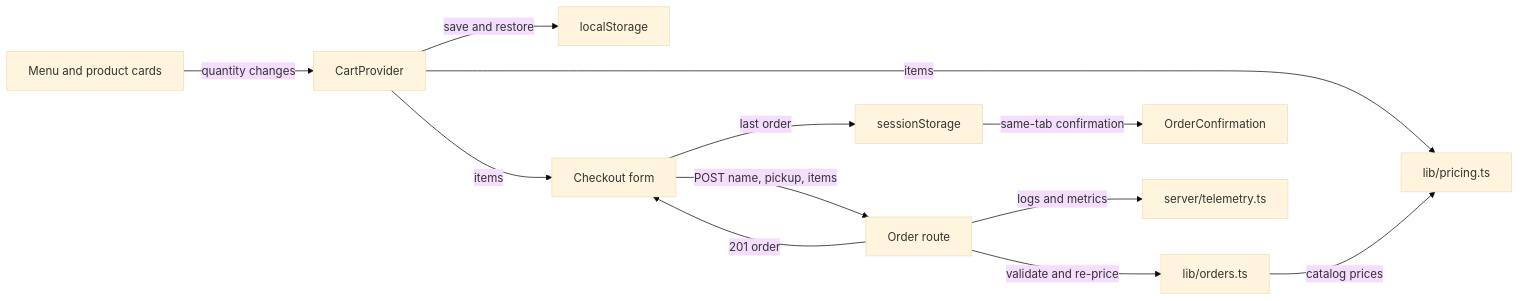
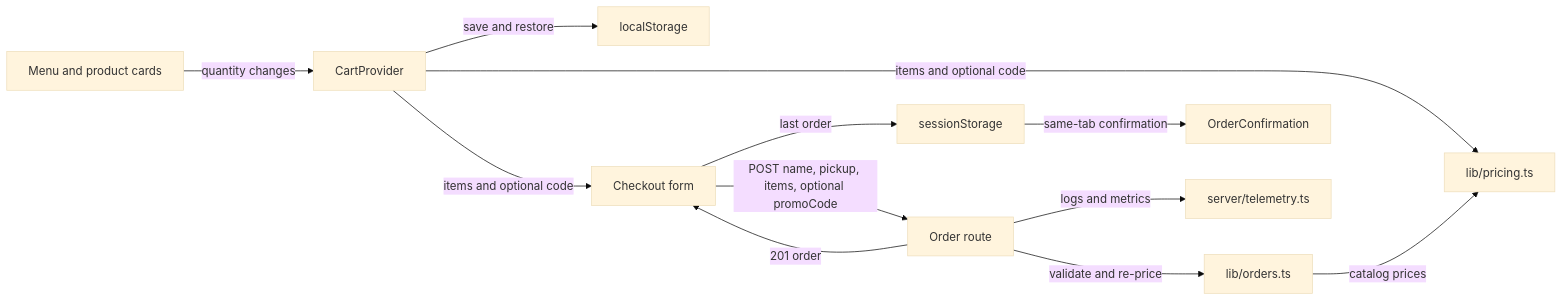
Before and after one commit to FactoryDemo/demo-storefront-practice: the first of 2 diagrams in droid-wiki/overview/architecture.md, drawn with Mermaid (base theme). The commit also changed other lines of this file and 16 other files, not shown here.

````diff
--- a/droid-wiki/overview/architecture.md
+++ b/droid-wiki/overview/architecture.md
@@ -9,14 +9,14 @@
 ```mermaid
 graph LR
   Menu["Menu and product cards"] -->|quantity changes| Cart["CartProvider"]
   Cart -->|save and restore| Local["localStorage"]
-  Cart -->|items| Pricing["lib/pricing.ts"]
-  Cart -->|items| Checkout["Checkout form"]
-  Checkout -->|POST name, pickup, items| API["Order route"]
+  Cart -->|items and optional code| Pricing["lib/pricing.ts"]
+  Cart -->|items and optional code| Checkout["Checkout form"]
+  Checkout -->|POST name, pickup, items, optional promoCode| API["Order route"]
   API -->|validate and re-price| Orders["lib/orders.ts"]
   Orders -->|catalog prices| Pricing
   API -->|201 order| Checkout
   Checkout -->|last order| Session["sessionStorage"]
   Session -->|same-tab confirmation| Confirmation["OrderConfirmation"]
   API -->|logs and metrics| Telemetry["server/telemetry.ts"]
 ```
````
